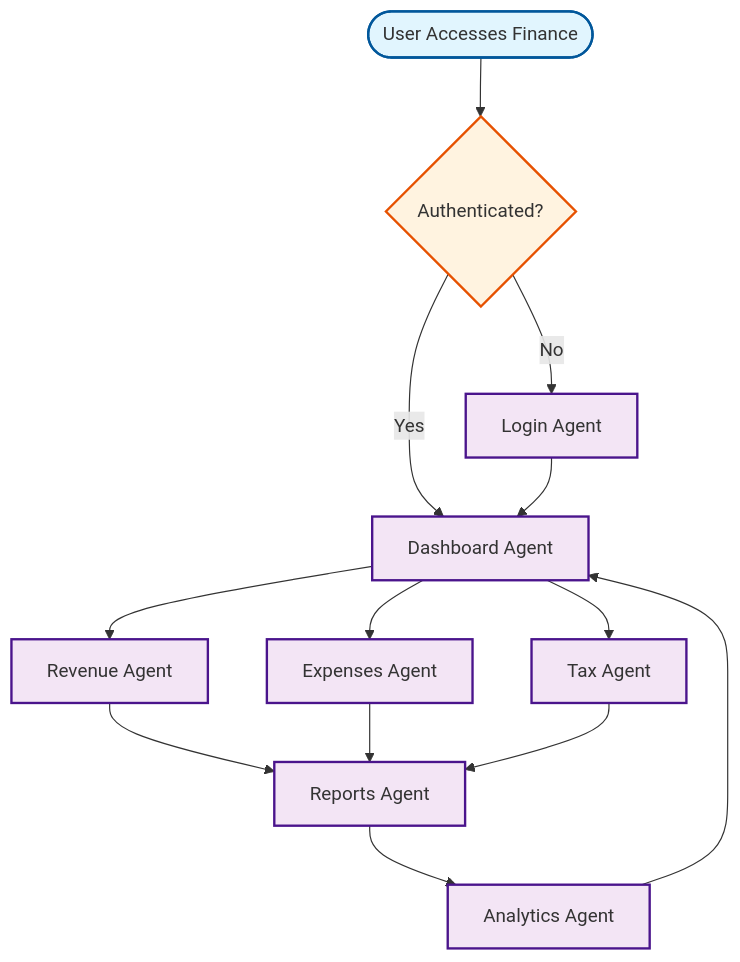
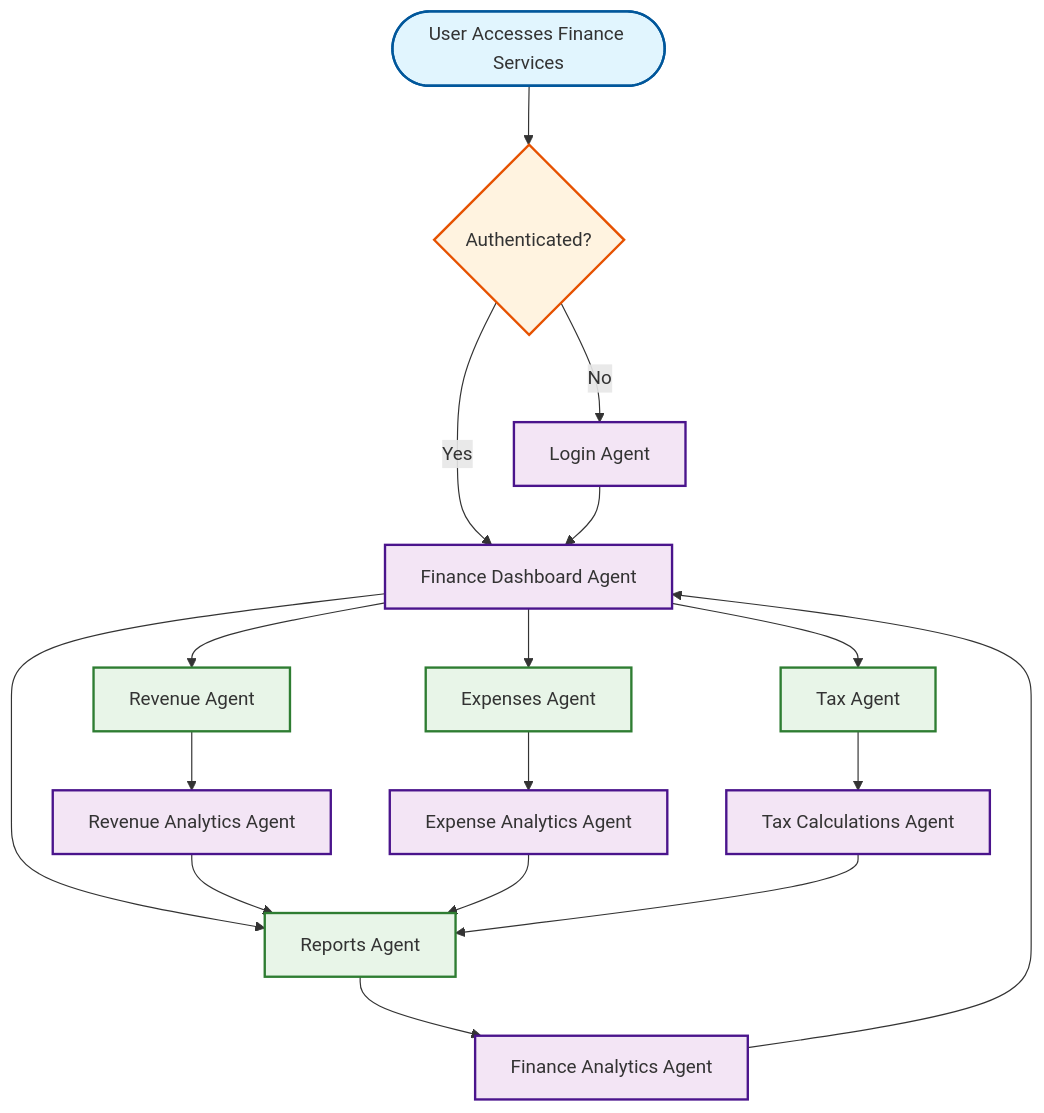
The diagram in docs/finance-services-workflow.md (krishrathi1/KalaSarthi), drawn with Mermaid before and after one commit. The commit also changed other lines of this file and 20 other files, not shown here.

````diff
--- a/docs/finance-services-workflow.md
+++ b/docs/finance-services-workflow.md
@@ -8,27 +8,34 @@
 ```mermaid
 graph TD
-    START([User Accesses Finance]) --> AUTH_CHECK{Authenticated?}
+    START([User Accesses Finance Services]) --> AUTH_CHECK{Authenticated?}
     AUTH_CHECK -->|No| LOGIN[Login Agent]
-    AUTH_CHECK -->|Yes| DASHBOARD[Dashboard Agent]
+    AUTH_CHECK -->|Yes| FINANCE_DASHBOARD[Finance Dashboard Agent]
     
-    DASHBOARD --> REVENUE[Revenue Agent]
-    DASHBOARD --> EXPENSES[Expenses Agent]
-    DASHBOARD --> TAXES[Tax Agent]
+    FINANCE_DASHBOARD --> REVENUE[Revenue Agent]
+    FINANCE_DASHBOARD --> EXPENSES[Expenses Agent]
+    FINANCE_DASHBOARD --> TAXES[Tax Agent]
+    FINANCE_DASHBOARD --> REPORTS[Reports Agent]
     
-    REVENUE --> REPORTS[Reports Agent]
-    EXPENSES --> REPORTS
-    TAXES --> REPORTS
+    REVENUE --> REVENUE_ANALYTICS[Revenue Analytics Agent]
+    EXPENSES --> EXPENSE_ANALYTICS[Expense Analytics Agent]
+    TAXES --> TAX_CALCULATIONS[Tax Calculations Agent]
     
-    REPORTS --> ANALYTICS[Analytics Agent]
-    ANALYTICS --> DASHBOARD
+    REVENUE_ANALYTICS --> REPORTS
+    EXPENSE_ANALYTICS --> REPORTS
+    TAX_CALCULATIONS --> REPORTS
     
-    LOGIN --> DASHBOARD
+    REPORTS --> ANALYTICS[Finance Analytics Agent]
+    ANALYTICS --> FINANCE_DASHBOARD
+    
+    LOGIN --> FINANCE_DASHBOARD
     
     classDef startClass fill:#e1f5fe,stroke:#01579b,stroke-width:2px
     classDef decisionClass fill:#fff3e0,stroke:#e65100,stroke-width:2px
     classDef processClass fill:#f3e5f5,stroke:#4a148c,stroke-width:2px
+    classDef financeClass fill:#e8f5e8,stroke:#2e7d32,stroke-width:2px
     
     class START startClass
     class AUTH_CHECK decisionClass
-    class LOGIN,DASHBOARD,REVENUE,EXPENSES,TAXES,REPORTS,ANALYTICS processClass
+    class LOGIN,FINANCE_DASHBOARD,REVENUE,EXPENSES,TAXES,REPORTS,REVENUE_ANALYTICS,EXPENSE_ANALYTICS,TAX_CALCULATIONS,ANALYTICS processClass
+    class REVENUE,EXPENSES,TAXES,REPORTS financeClass
 ```
````
